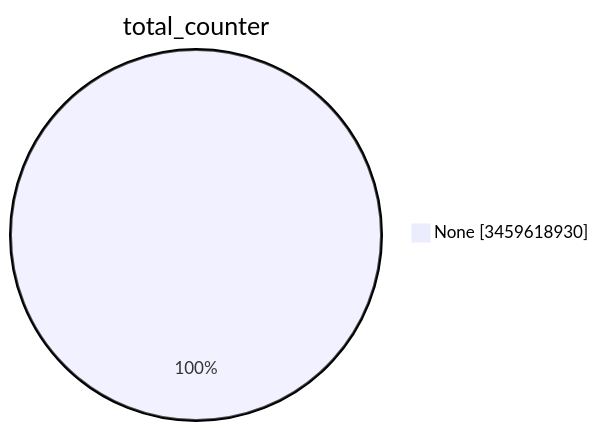
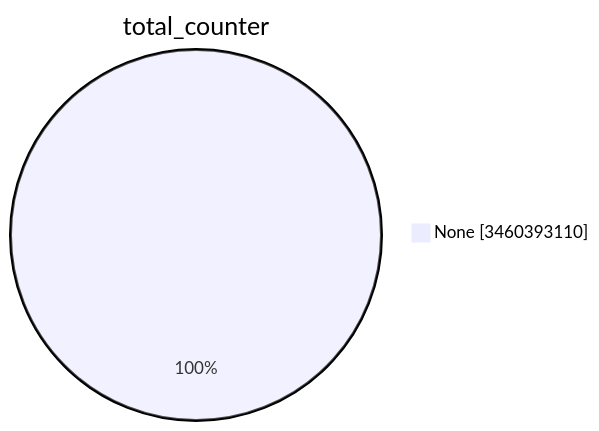
The first of 15 diagrams in TOTAL/README.md (christiankrug/ctmonitor_visualization), drawn with Mermaid before and after one commit. The commit also changed other lines of this file, not shown here.

````diff
--- a/TOTAL/README.md
+++ b/TOTAL/README.md
@@ -1,5 +1,5 @@
 ```mermaid
 pie showData
 title total_counter
-"None" :3459618930
+"None" :3460393110
 ```
````
